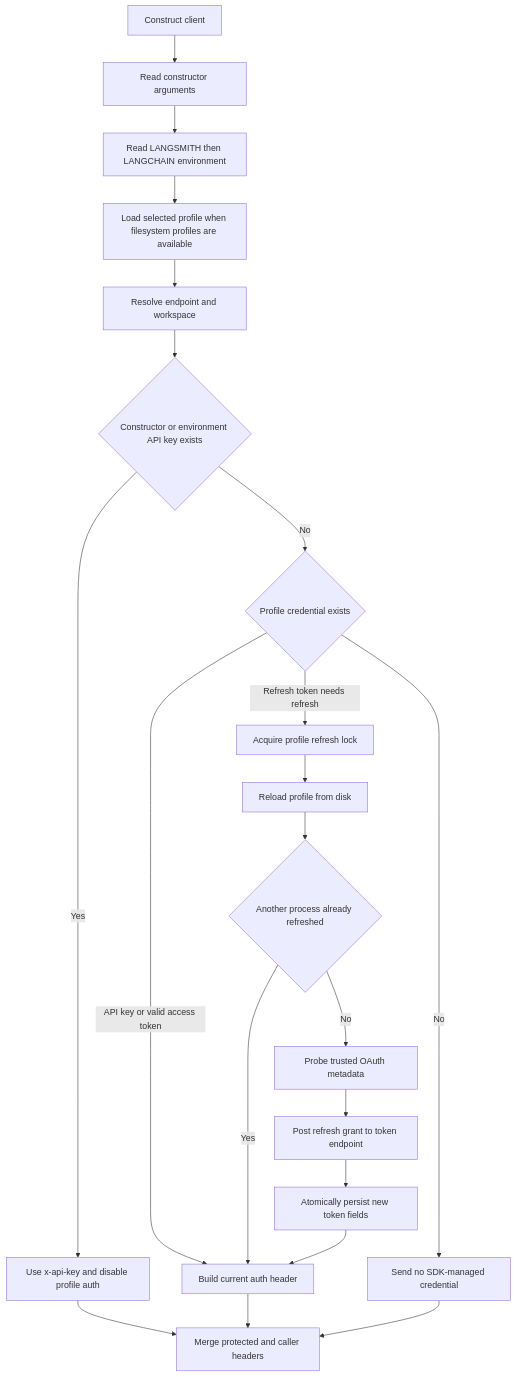
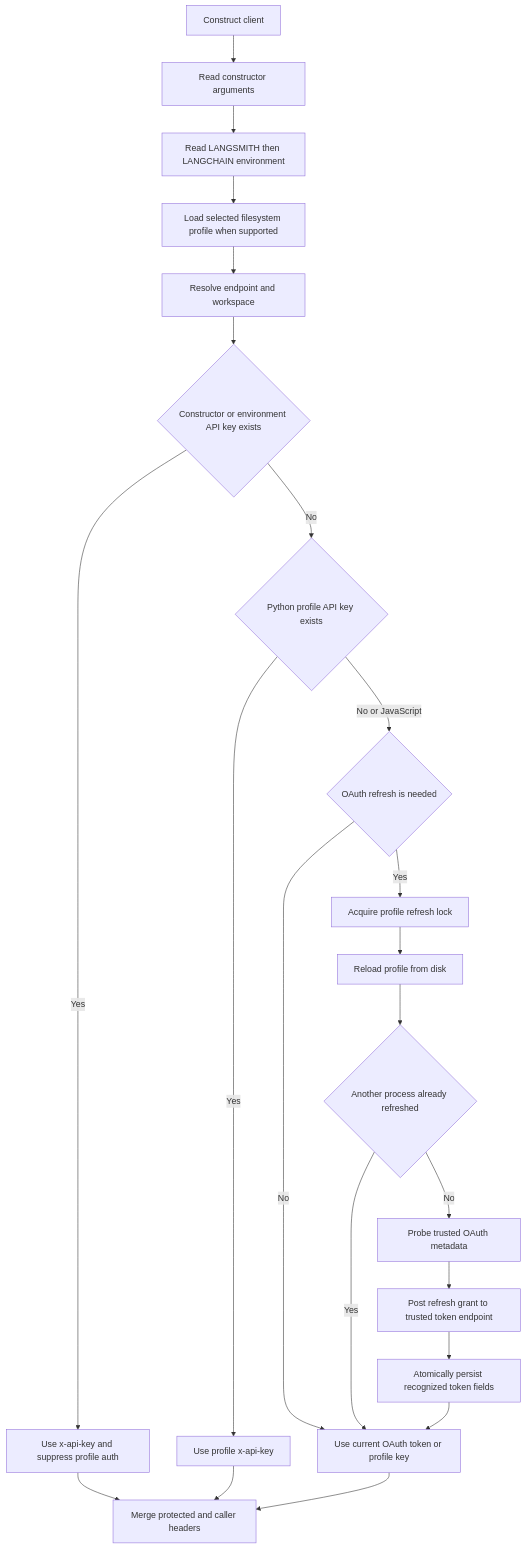
One commit to langchain-ai/langsmith-sdk changed the diagram in openwiki/concepts/client-configuration-and-auth.md. Above: the diagram before and after it, drawn with Mermaid. The commit also changed other lines of this file and 27 other files, not shown here.

````diff
--- a/openwiki/concepts/client-configuration-and-auth.md
+++ b/openwiki/concepts/client-configuration-and-auth.md
@@ -74,23 +80,24 @@
 ```mermaid
 flowchart TD
     Start["Construct client"] --> Args["Read constructor arguments"]
     Args --> Env["Read LANGSMITH then LANGCHAIN environment"]
-    Env --> Profile["Load selected profile when filesystem profiles are available"]
+    Env --> Profile["Load selected filesystem profile when supported"]
     Profile --> Endpoint["Resolve endpoint and workspace"]
     Endpoint --> Key{"Constructor or environment API key exists"}
-    Key -->|Yes| ApiKey["Use x-api-key and disable profile auth"]
-    Key -->|No| ProfileCred{"Profile credential exists"}
-    ProfileCred -->|API key or valid access token| Header["Build current auth header"]
-    ProfileCred -->|Refresh token needs refresh| Lock["Acquire profile refresh lock"]
+    Key -->|Yes| ApiKey["Use x-api-key and suppress profile auth"]
+    Key -->|No| PyKey{"Python profile API key exists"}
+    PyKey -->|Yes| ProfileKey["Use profile x-api-key"]
+    PyKey -->|No or JavaScript| Refresh{"OAuth refresh is needed"}
+    Refresh -->|No| Current["Use current OAuth token or profile key"]
+    Refresh -->|Yes| Lock["Acquire profile refresh lock"]
     Lock --> Reload["Reload profile from disk"]
     Reload --> Fresh{"Another process already refreshed"}
-    Fresh -->|Yes| Header
+    Fresh -->|Yes| Current
     Fresh -->|No| Discover["Probe trusted OAuth metadata"]
-    Discover --> Token["Post refresh grant to token endpoint"]
-    Token --> Save["Atomically persist new token fields"]
-    Save --> Header
-    ProfileCred -->|No| Anonymous["Send no SDK-managed credential"]
+    Discover --> Token["Post refresh grant to trusted token endpoint"]
+    Token --> Save["Atomically persist recognized token fields"]
+    Save --> Current
     ApiKey --> Request["Merge protected and caller headers"]
-    Header --> Request
-    Anonymous --> Request
+    ProfileKey --> Request
+    Current --> Request
 ```
````
